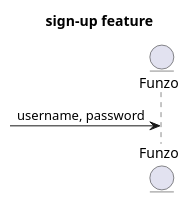
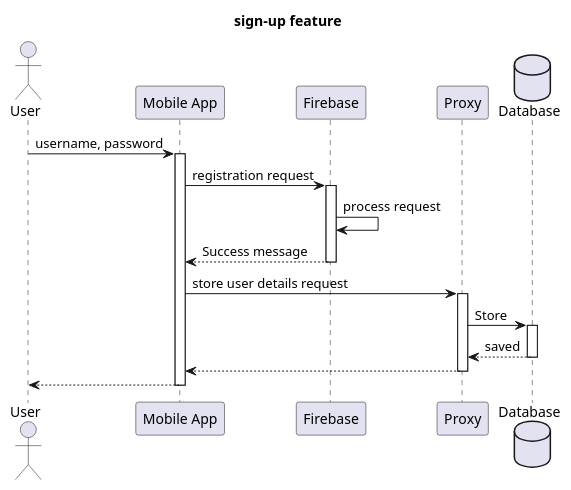
The diagram in docs/features/happy-path/sign-up.md (Tevingatheru/Funzo), drawn with PlantUML before and after one commit. The commit also changed 6 other files, not shown here.

````diff
--- a/docs/features/happy-path/sign-up.md
+++ b/docs/features/happy-path/sign-up.md
@@ -1,8 +1,28 @@
 ```plantuml
 @startuml
 title sign-up feature
-entity "Funzo" as funzo
--> funzo: username, password
+actor User
+participant "Mobile App" as funzo
+participant Firebase
+participant Proxy as proxy
+database "Database" as db
 
+User-> funzo: username, password
+activate funzo
+    funzo -> Firebase: registration request
+    activate Firebase
+        Firebase -> Firebase: process request
+        Firebase --> funzo: Success message
+    deactivate Firebase
+    funzo -> proxy: store user details request
+    activate proxy
+        proxy -> db: Store
+        activate db
+            db --> proxy: saved
+        deactivate db
+        proxy --> funzo:
+    deactivate proxy
+    User<-- funzo:
+deactivate funzo
 @enduml
 ```
````
